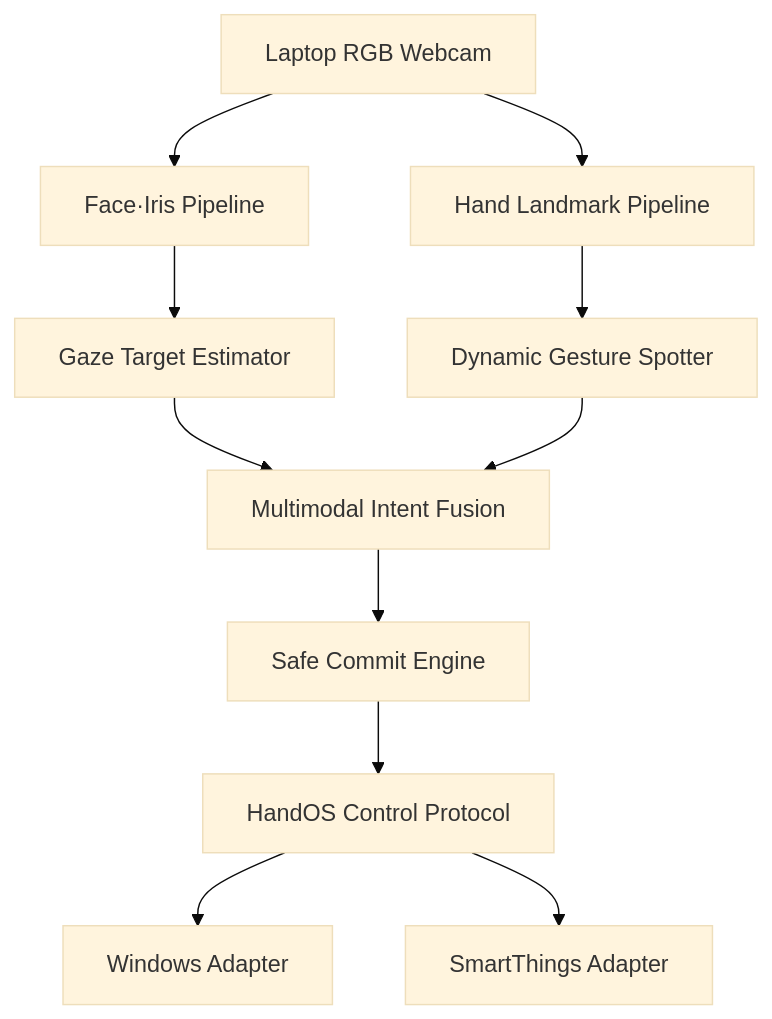
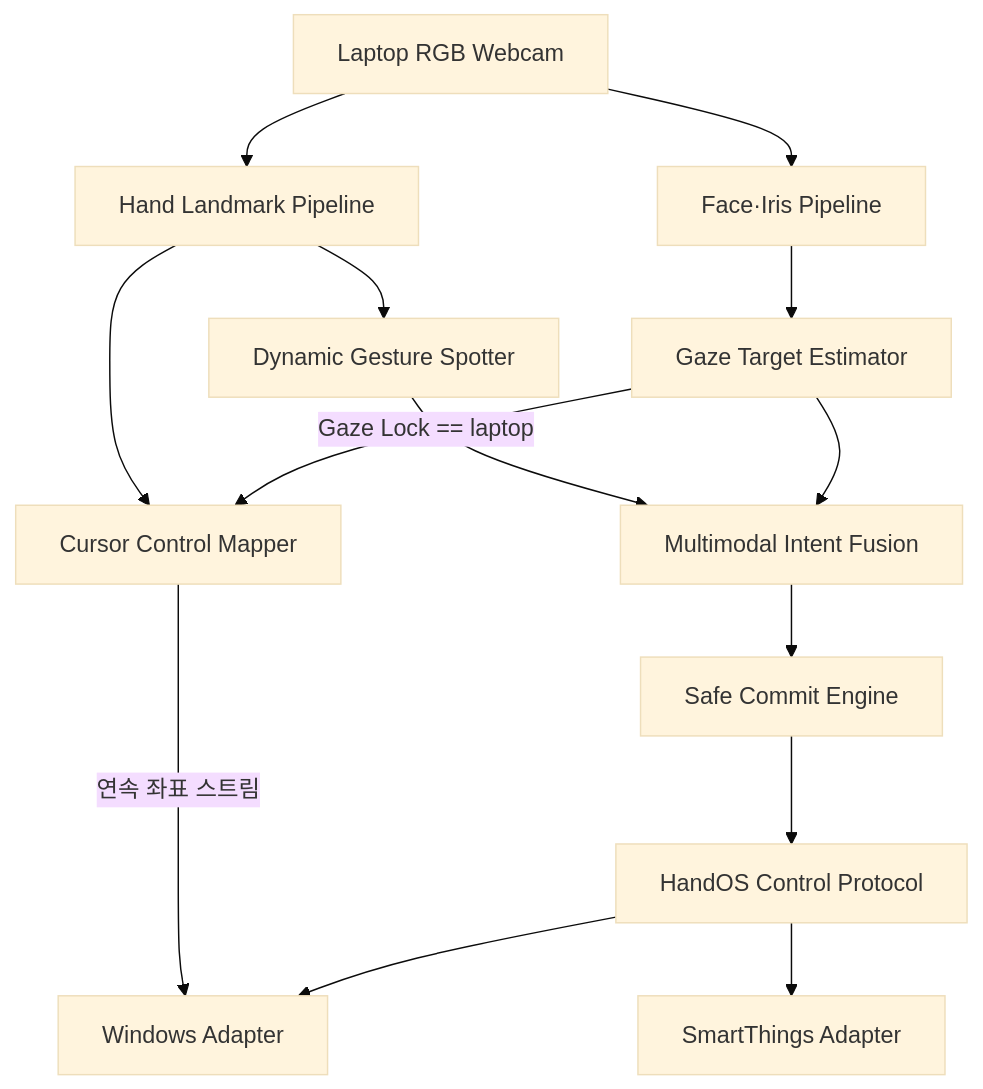
Before and after one commit to madcamp-official/26s-w3-c3-05: the diagram in README.md, drawn with Mermaid (base theme). The commit also changed other lines of this file and 1 other file, not shown here.

````diff
--- a/README.md
+++ b/README.md
@@ -175,13 +174,16 @@
 ```mermaid
 flowchart TD
     A["Laptop RGB Webcam"] --> B["Face·Iris Pipeline"]
     A --> C["Hand Landmark Pipeline"]
     B --> D["Gaze Target Estimator"]
     C --> E["Dynamic Gesture Spotter"]
     D --> F["Multimodal Intent Fusion"]
     E --> F
     F --> G["Safe Commit Engine"]
     G --> H["HandOS Control Protocol"]
     H --> I["Windows Adapter"]
     H --> J["SmartThings Adapter"]
+    D -->|"Gaze Lock == laptop"| K["Cursor Control Mapper"]
+    C --> K
+    K -->|"연속 좌표 스트림"| I
 ```
````
